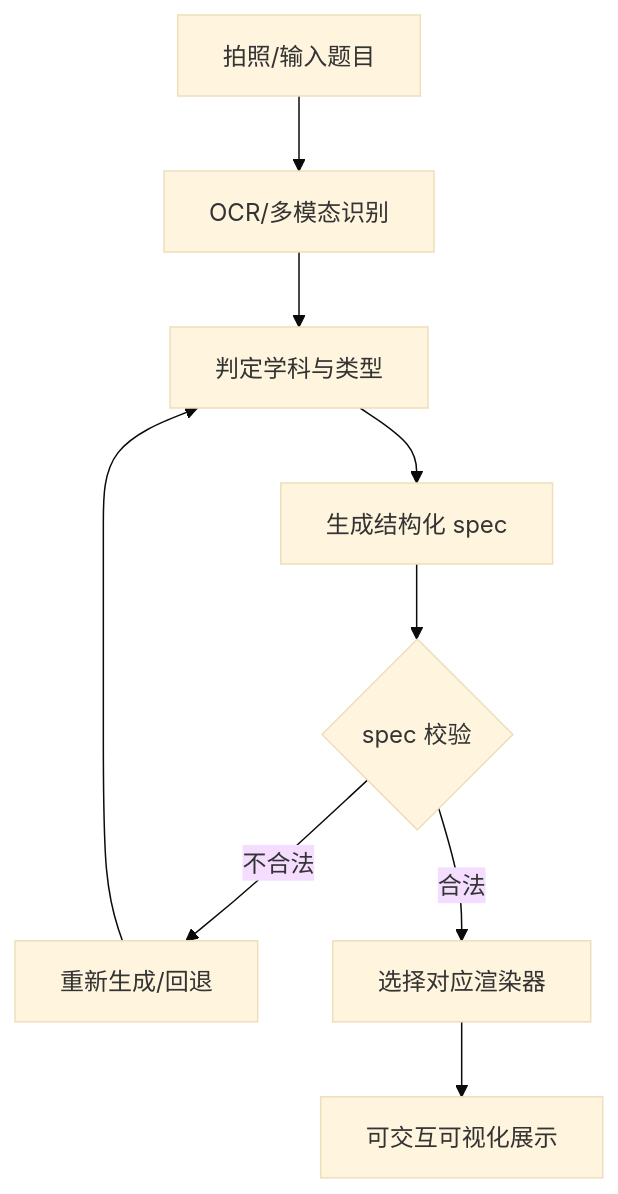
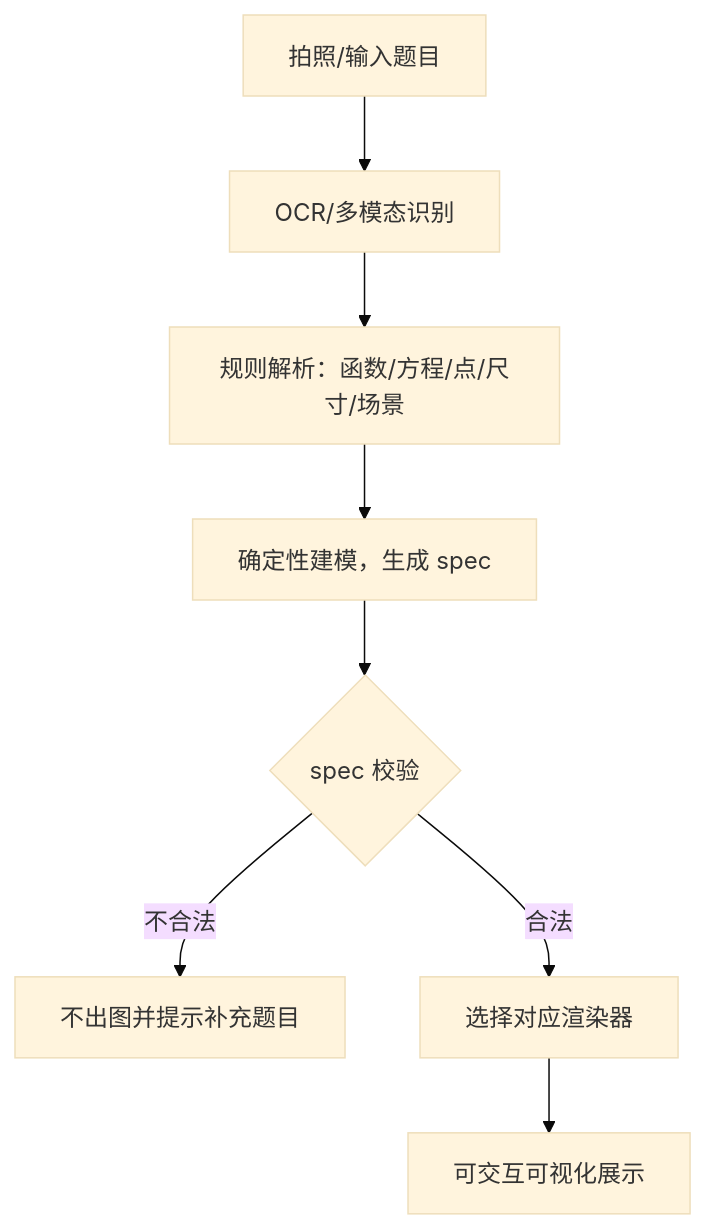
Diagram 14 of 16 in 智学Agent项目设计文档.md (WakuWaku1337/Stuagent), drawn with Mermaid (base theme) before and after one commit. The commit also changed other lines of this file and 15 other files, not shown here.

````diff
--- a/智学Agent项目设计文档.md
+++ b/智学Agent项目设计文档.md
@@ -1560,11 +1580,10 @@
 ```mermaid
 flowchart TD
     A[拍照/输入题目] --> B[OCR/多模态识别]
-    B --> C[判定学科与类型]
-    C --> D[生成结构化 spec]
+    B --> C[规则解析：函数/方程/点/尺寸/场景]
+    C --> D[确定性建模，生成 spec]
     D --> E{spec 校验}
-    E -->|不合法| F[重新生成/回退]
+    E -->|不合法| F[不出图并提示补充题目]
     E -->|合法| G[选择对应渲染器]
     G --> H[可交互可视化展示]
-    F --> C
 ```
````
